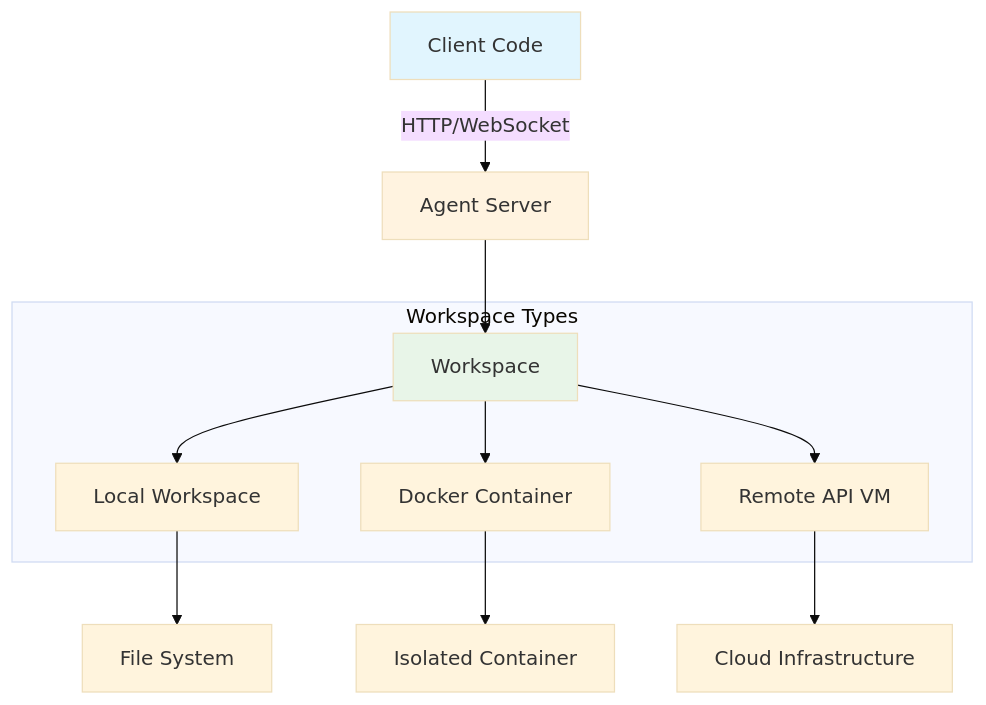
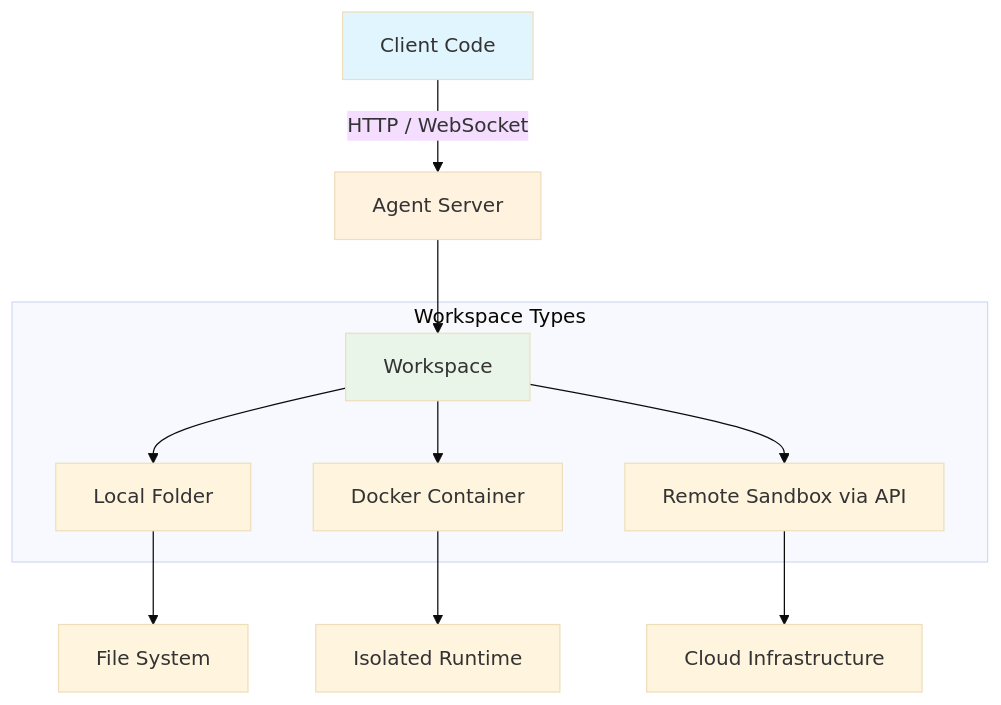
One commit to OpenHands/docs changed the diagram in sdk/guides/agent-server/overview.mdx. Above: the diagram before and after it, drawn with Mermaid (base theme). The commit also changed other lines of this file and 1 other file, not shown here.

Commit message:
improve agent-server overview

````diff
--- a/sdk/guides/agent-server/overview.mdx
+++ b/sdk/guides/agent-server/overview.mdx
@@ -21,19 +61,19 @@
 ```mermaid
 graph TD
-    Client[Client Code] -->|HTTP/WebSocket| Server[Agent Server]
+    Client[Client Code] -->|HTTP / WebSocket| Server[Agent Server]
     Server --> Workspace[Workspace]
-    
+
     subgraph Workspace Types
-        Workspace --> Local[Local Workspace]
+        Workspace --> Local[Local Folder]
         Workspace --> Docker[Docker Container]
-        Workspace --> API[Remote API VM]
+        Workspace --> API[Remote Sandbox via API]
     end
-    
+
     Local --> Files[File System]
-    Docker --> Container[Isolated Container]
+    Docker --> Container[Isolated Runtime]
     API --> Cloud[Cloud Infrastructure]
-    
+
     style Client fill:#e1f5fe
     style Server fill:#fff3e0
     style Workspace fill:#e8f5e8
 ```
````
